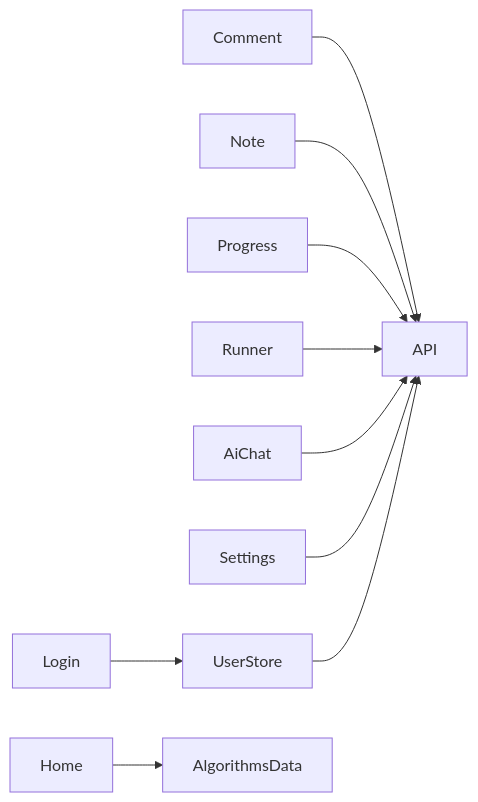
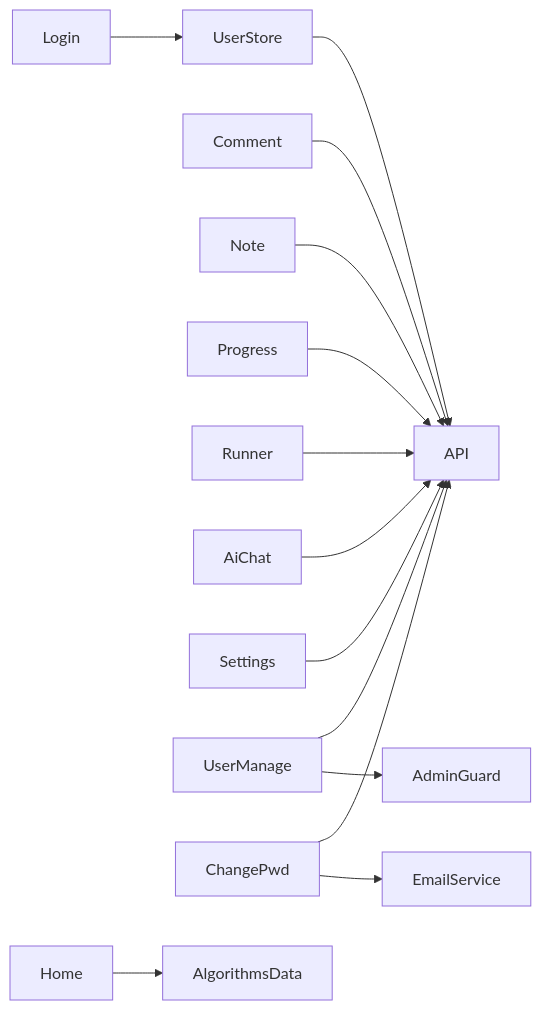
Diagram 11 of 11 in .qoder/repowiki/zh/content/前端组件文档/用户界面组件/用户界面组件.md (huangman881112/aiforip), drawn with Mermaid before and after one commit. The commit also changed other lines of this file and 98 other files, not shown here.

````diff
--- a/.qoder/repowiki/zh/content/前端组件文档/用户界面组件/用户界面组件.md
+++ b/.qoder/repowiki/zh/content/前端组件文档/用户界面组件/用户界面组件.md
@@ -425,12 +547,16 @@
 ```mermaid
 graph LR
 Login --> UserStore
 Comment --> API
 Note --> API
 Progress --> API
 Runner --> API
 AiChat --> API
 Settings --> API
+UserManage --> API
+ChangePwd --> API
 UserStore --> API
 Home --> AlgorithmsData
+UserManage --> AdminGuard
+ChangePwd --> EmailService
 ```
````
